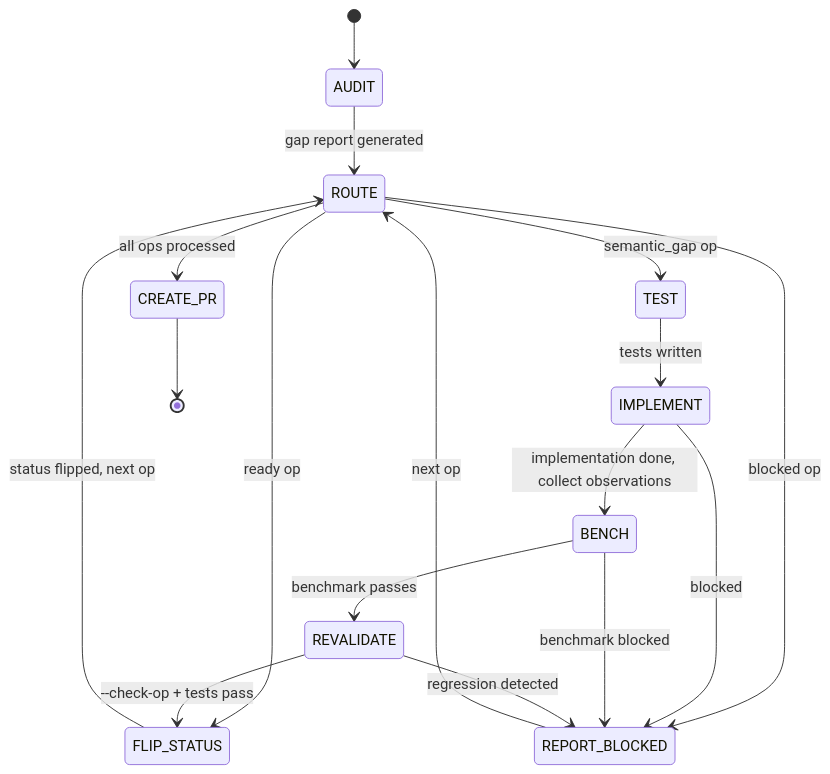
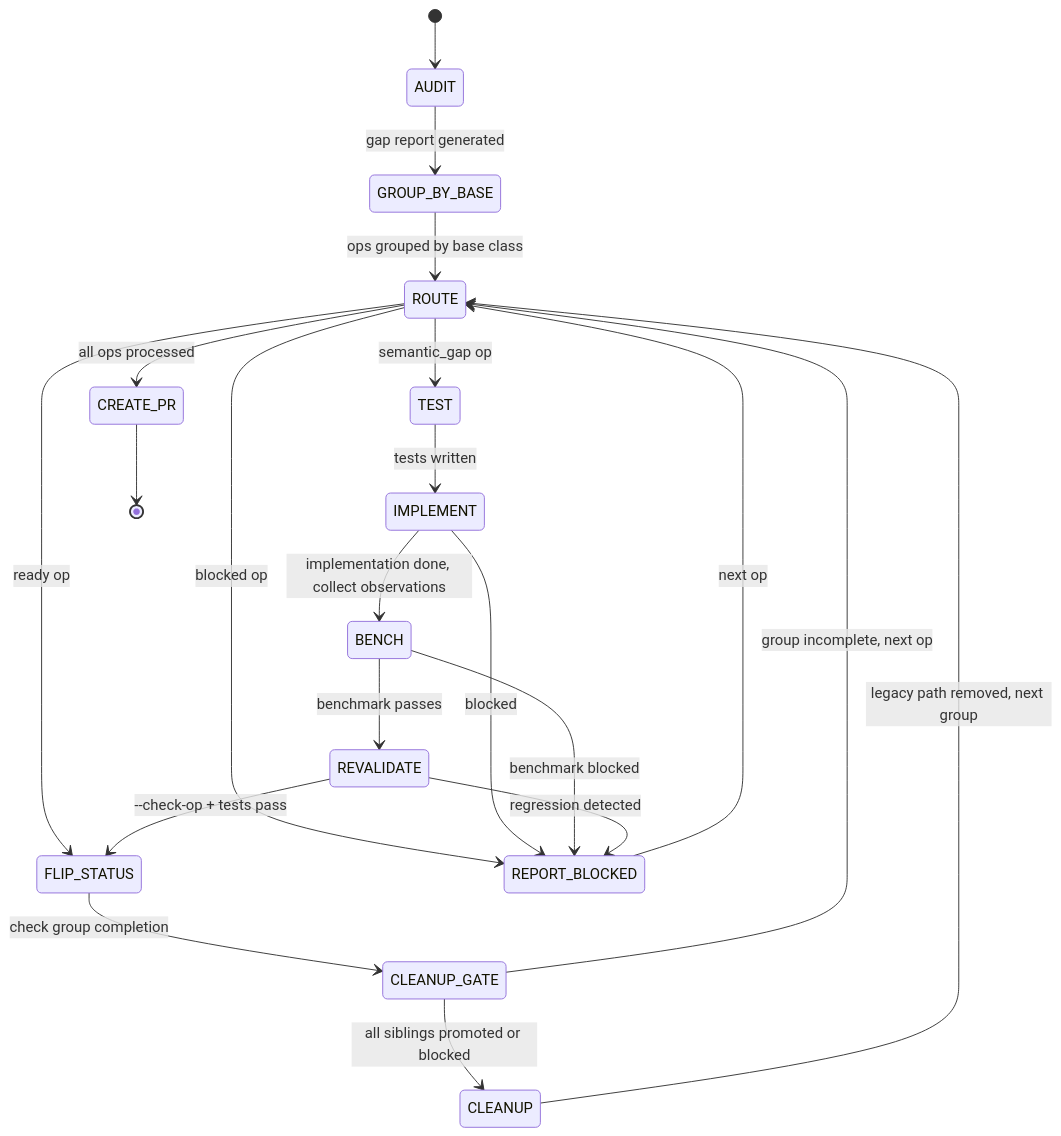
Before and after one commit to tile-ai/TileOPs: the diagram in .claude/skills/spec-pipeline/SKILL.md, drawn with Mermaid. The commit also changed other lines of this file and 2 other files, not shown here.

First line of the commit message:
[Chore][Manifest] Add cleanup gate and orchestrator discipline to spec skills

````diff
--- a/.claude/skills/spec-pipeline/SKILL.md
+++ b/.claude/skills/spec-pipeline/SKILL.md
@@ -24,19 +24,23 @@
 ```mermaid
 stateDiagram-v2
     [*] --> AUDIT
-    AUDIT --> ROUTE: gap report generated
+    AUDIT --> GROUP_BY_BASE: gap report generated
+    GROUP_BY_BASE --> ROUTE: ops grouped by base class
     ROUTE --> TEST: semantic_gap op
     ROUTE --> FLIP_STATUS: ready op
     ROUTE --> REPORT_BLOCKED: blocked op
     TEST --> IMPLEMENT: tests written
     IMPLEMENT --> BENCH: implementation done, collect observations
     IMPLEMENT --> REPORT_BLOCKED: blocked
     BENCH --> REVALIDATE: benchmark passes
     BENCH --> REPORT_BLOCKED: benchmark blocked
     REVALIDATE --> FLIP_STATUS: --check-op + tests pass
     REVALIDATE --> REPORT_BLOCKED: regression detected
-    FLIP_STATUS --> ROUTE: status flipped, next op
+    FLIP_STATUS --> CLEANUP_GATE: check group completion
+    CLEANUP_GATE --> ROUTE: group incomplete, next op
+    CLEANUP_GATE --> CLEANUP: all siblings promoted or blocked
+    CLEANUP --> ROUTE: legacy path removed, next group
     REPORT_BLOCKED --> ROUTE: next op
     ROUTE --> CREATE_PR: all ops processed
     CREATE_PR --> [*]
 ```
````
